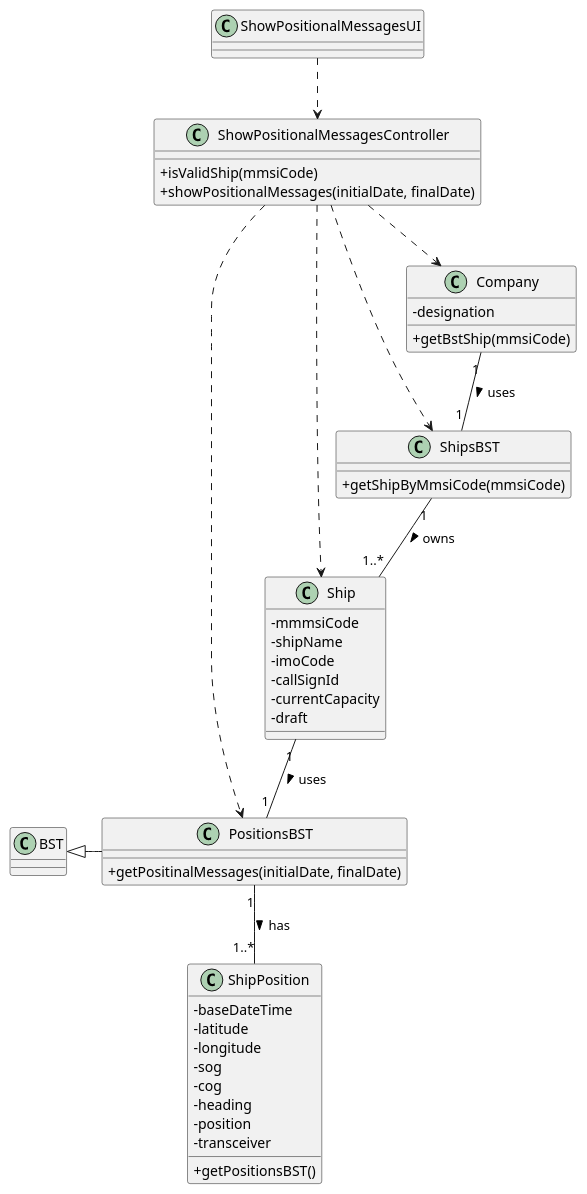
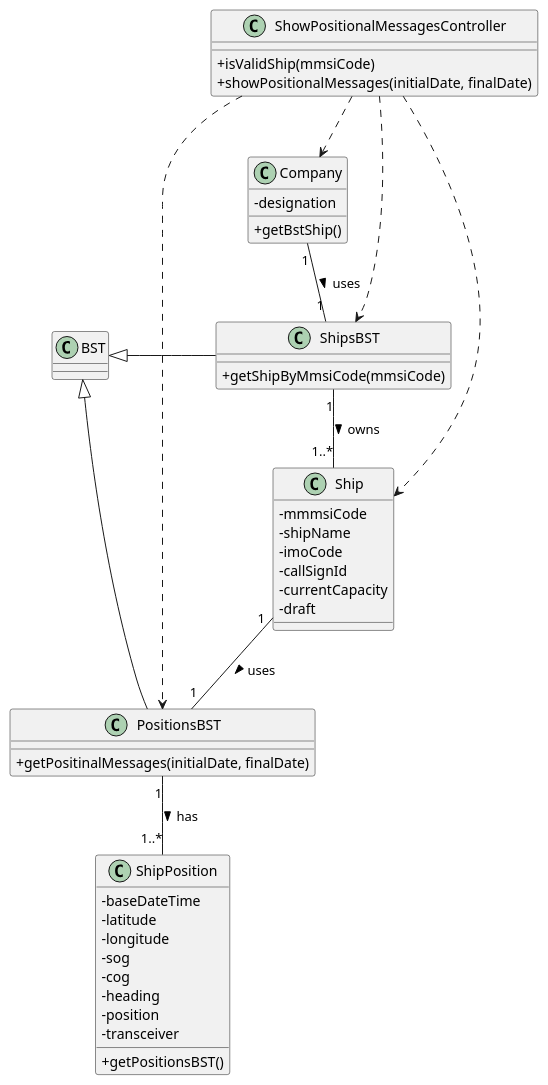
Before and after one commit to ana-albergaria/LAPR3-ISEP: the diagram in docs/US103/US103_CD.puml, drawn with PlantUML. The commit also changed 10 other files, not shown here.

Commit message:
G54-3 G54-7 Fixing Diagrams

```diff
--- a/docs/US103/US103_CD.puml
+++ b/docs/US103/US103_CD.puml
@@ -1,63 +1,64 @@
 @startuml
 
 skinparam classAttributeIconSize 0
 
 
 class Ship {
     -mmmsiCode
     -shipName
     -imoCode
     -callSignId
     -currentCapacity /'added by us'/
     -draft
 }
 
 class ShipPosition {
     -baseDateTime
     -latitude
     -longitude
     -sog
     -cog
     -heading
     -position
     -transceiver
     +getPositionsBST()
 }
 
 class ShipsBST {
     +getShipByMmsiCode(mmsiCode)
 }
 
 class PositionsBST {
     +getPositinalMessages(initialDate, finalDate)
 }
 
-class ShowPositionalMessagesUI {}
+/'class ShowPositionalMessagesUI {}'/
 
 class ShowPositionalMessagesController {
     +isValidShip(mmsiCode)
     +showPositionalMessages(initialDate, finalDate)
 }
 
 class Company {
     -designation
-    +getBstShip(mmsiCode)
+    +getBstShip()
 }
 
 /'Ship "1" -- "1..*" ShipPosition : has >'/
 /'Company "1" -- "1..*" Ship : owns >'/
 
 Company "1" -- "1" ShipsBST : uses >
 ShipsBST "1" -- "1..*" Ship : owns >
 Ship "1" -- "1" PositionsBST : uses >
 PositionsBST "1" -- "1..*" ShipPosition : has >
-ShowPositionalMessagesUI ..> ShowPositionalMessagesController
+/'ShowPositionalMessagesUI ..> ShowPositionalMessagesController'/
 ShowPositionalMessagesController ..> Company
 ShowPositionalMessagesController ..> ShipsBST
 ShowPositionalMessagesController ..> Ship
 ShowPositionalMessagesController ..> PositionsBST
 
 BST <|- PositionsBST
+BST <|- ShipsBST
 
 
 @enduml
```
